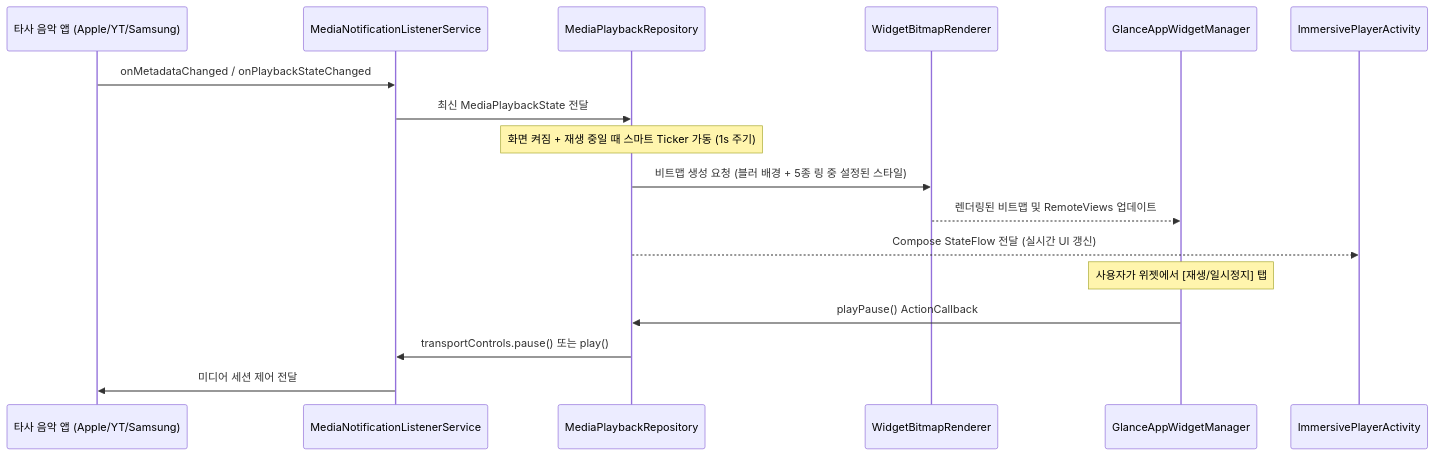
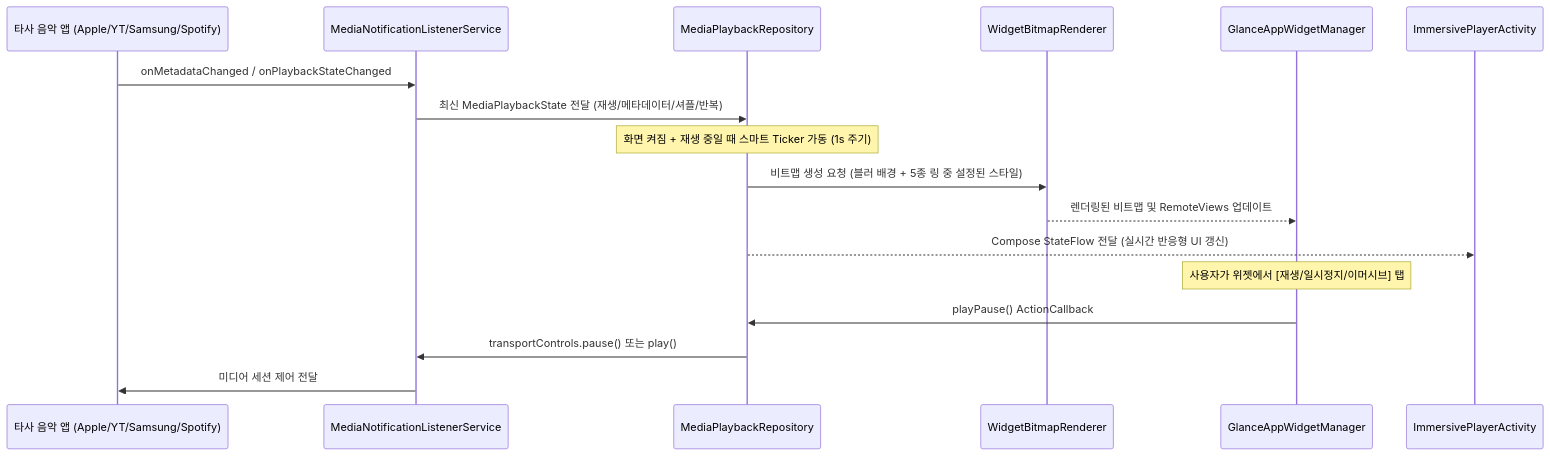
One commit to WindSekirun/hibiku changed the diagram in docs/superpowers/specs/2026-09-05-music-widget-design.md. Above: the diagram before and after it, drawn with Mermaid. The commit also changed other lines of this file and 1 other file, not shown here.

````diff
--- a/docs/superpowers/specs/2026-09-05-music-widget-design.md
+++ b/docs/superpowers/specs/2026-09-05-music-widget-design.md
@@ -188,21 +185,21 @@
 ```mermaid
 sequenceDiagram
-    participant MusicApp as 타사 음악 앱 (Apple/YT/Samsung)
+    participant MusicApp as 타사 음악 앱 (Apple/YT/Samsung/Spotify)
     participant Service as MediaNotificationListenerService
     participant Repo as MediaPlaybackRepository
     participant Renderer as WidgetBitmapRenderer
     participant Widget as GlanceAppWidgetManager
     participant Immersive as ImmersivePlayerActivity
 
     MusicApp->>Service: onMetadataChanged / onPlaybackStateChanged
-    Service->>Repo: 최신 MediaPlaybackState 전달
+    Service->>Repo: 최신 MediaPlaybackState 전달 (재생/메타데이터/셔플/반복)
     Note over Repo: 화면 켜짐 + 재생 중일 때 스마트 Ticker 가동 (1s 주기)
     Repo->>Renderer: 비트맵 생성 요청 (블러 배경 + 5종 링 중 설정된 스타일)
     Renderer-->>Widget: 렌더링된 비트맵 및 RemoteViews 업데이트
-    Repo-->>Immersive: Compose StateFlow 전달 (실시간 UI 갱신)
+    Repo-->>Immersive: Compose StateFlow 전달 (실시간 반응형 UI 갱신)
 
-    Note over Widget: 사용자가 위젯에서 [재생/일시정지] 탭
+    Note over Widget: 사용자가 위젯에서 [재생/일시정지/이머시브] 탭
     Widget->>Repo: playPause() ActionCallback
     Repo->>Service: transportControls.pause() 또는 play()
     Service->>MusicApp: 미디어 세션 제어 전달
 ```
````
